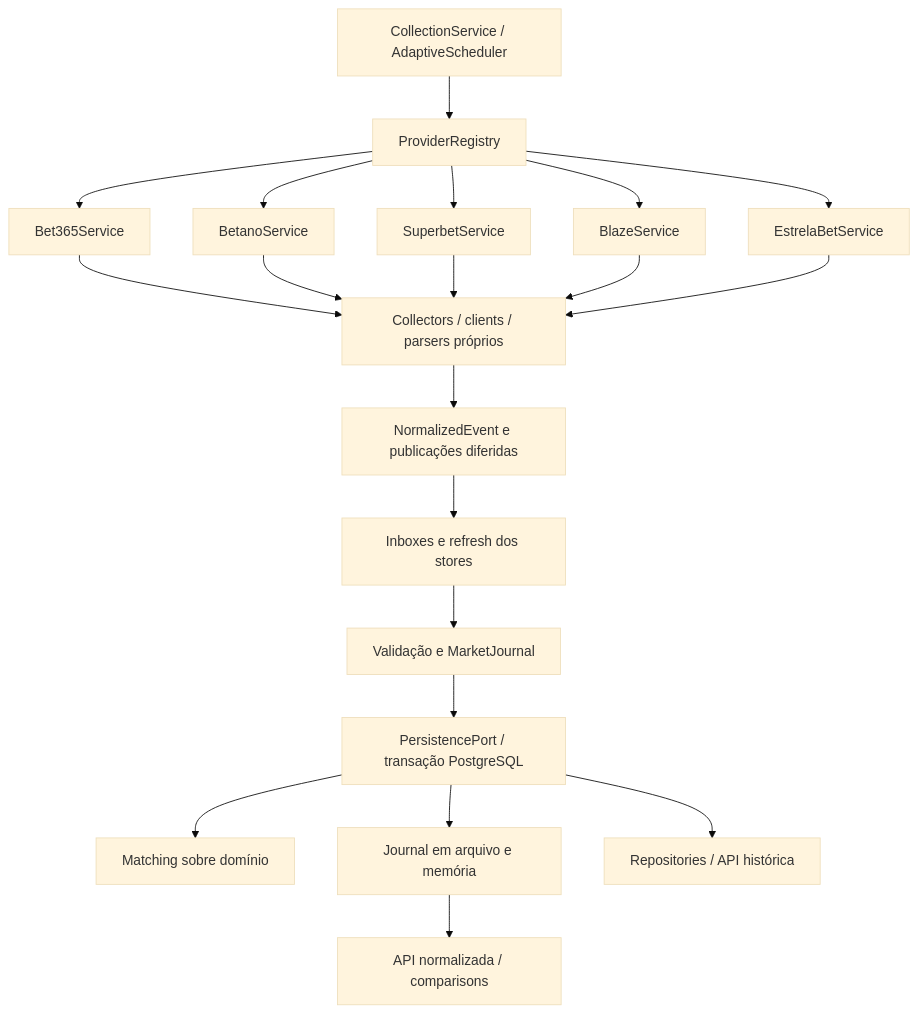
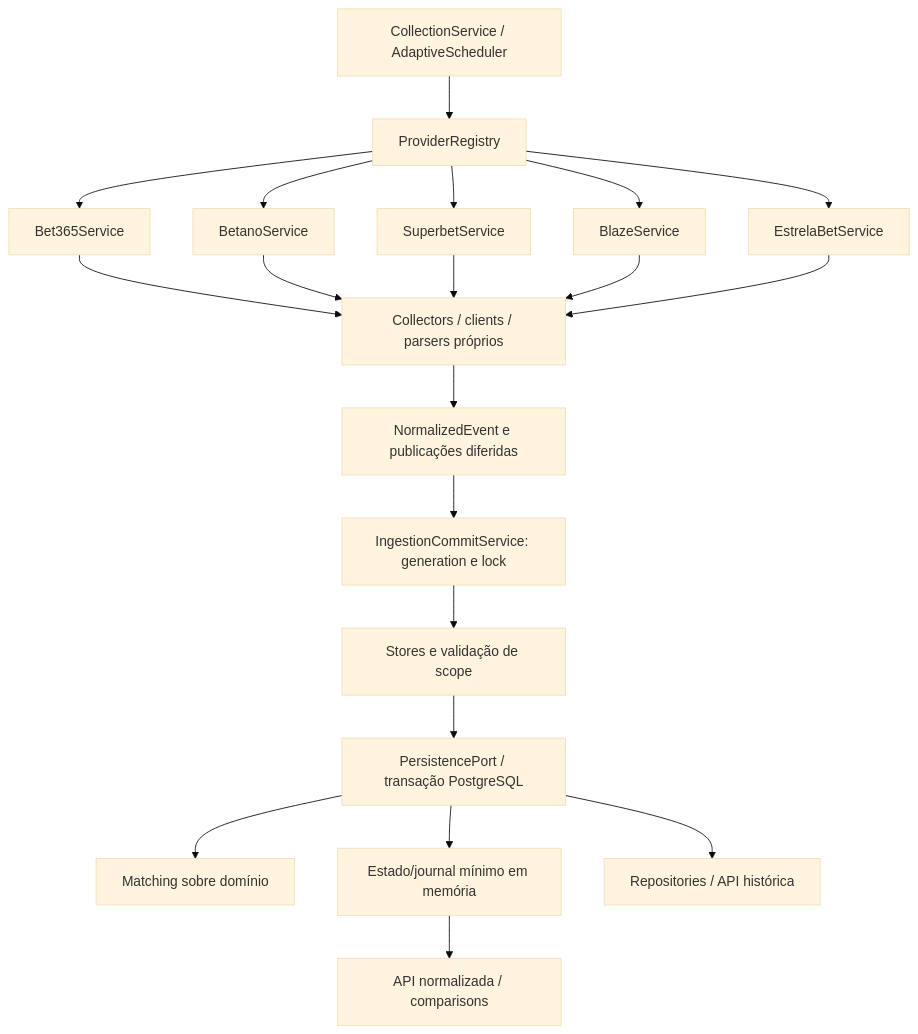
Before and after one commit to andre-fig/nexusbet: the diagram in docs/ARCHITECTURE.md, drawn with Mermaid (base theme). The commit also changed other lines of this file and 10 other files, not shown here.

````diff
--- a/docs/ARCHITECTURE.md
+++ b/docs/ARCHITECTURE.md
@@ -30,22 +30,22 @@
 ```mermaid
 flowchart TD
   C[CollectionService / AdaptiveScheduler] --> R[ProviderRegistry]
   R --> B[Bet365Service]
   R --> T[BetanoService]
   R --> S[SuperbetService]
   R --> Z[BlazeService]
   R --> E[EstrelaBetService]
   B --> P[Collectors / clients / parsers próprios]
   T --> P
   S --> P
   Z --> P
   E --> P
   P --> N[NormalizedEvent e publicações diferidas]
-  N --> I[Inboxes e refresh dos stores]
-  I --> V[Validação e MarketJournal]
+  N --> I[IngestionCommitService: generation e lock]
+  I --> V[Stores e validação de scope]
   V --> DB[PersistencePort / transação PostgreSQL]
   DB --> M[Matching sobre domínio]
-  DB --> F[Journal em arquivo e memória]
+  DB --> F[Estado/journal mínimo em memória]
   F --> A[API normalizada / comparisons]
   DB --> Q[Repositories / API histórica]
 ```
````
